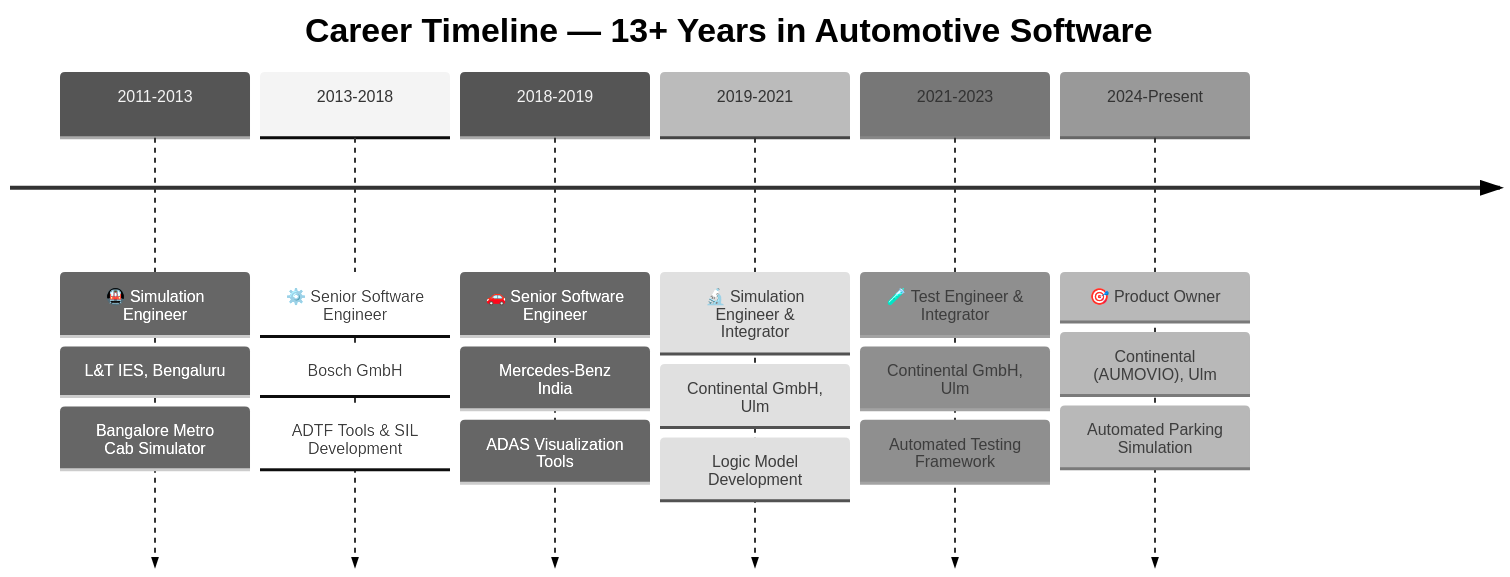
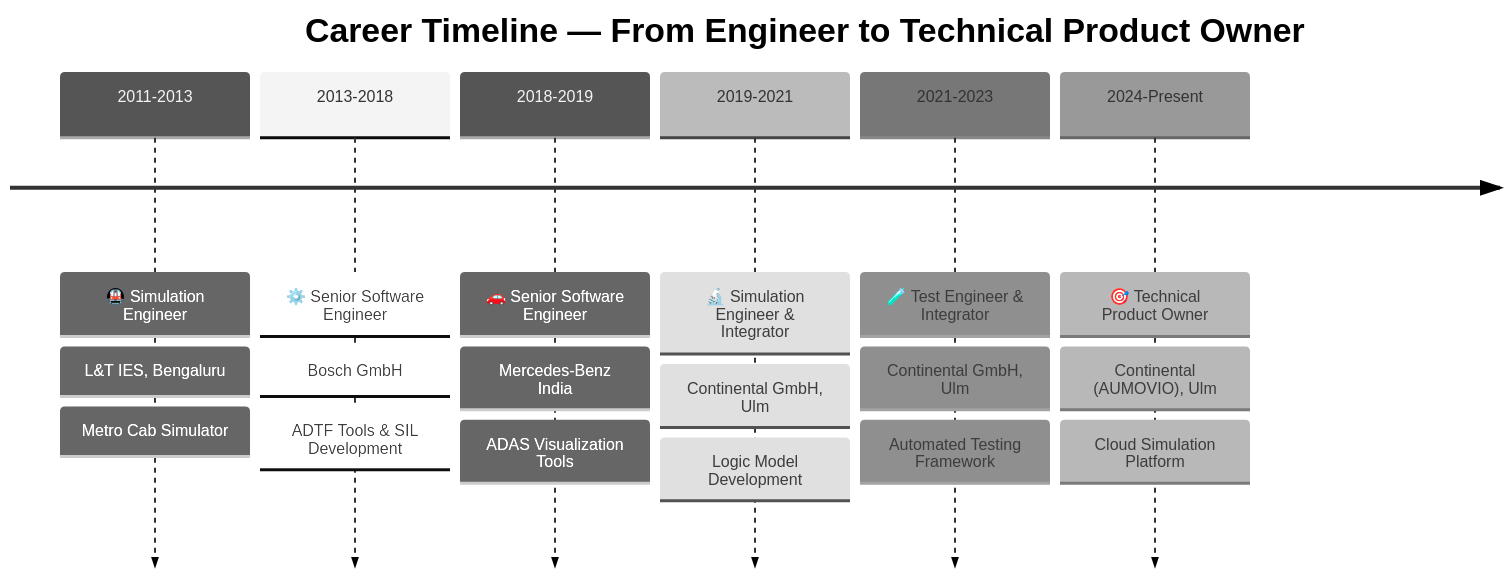
One commit to RAVIVANAMA/ravikumarvanama changed the diagram in README.md. Above: the diagram before and after it, drawn with Mermaid (neutral theme). The commit also changed other lines of this file, not shown here.

Commit message:
Rebrand to Technical Product Owner, open to all domains

````diff
--- a/README.md
+++ b/README.md
@@ -115,22 +126,22 @@
 ```mermaid
 timeline
-    title Career Timeline — 13+ Years in Automotive Software
+    title Career Timeline — From Engineer to Technical Product Owner
     2011-2013 : 🚇 Simulation Engineer
               : L&T IES, Bengaluru
-              : Bangalore Metro Cab Simulator
+              : Metro Cab Simulator
     2013-2018 : ⚙️ Senior Software Engineer
               : Bosch GmbH
               : ADTF Tools & SIL Development
     2018-2019 : 🚗 Senior Software Engineer
               : Mercedes-Benz India
               : ADAS Visualization Tools
     2019-2021 : 🔬 Simulation Engineer & Integrator
               : Continental GmbH, Ulm
               : Logic Model Development
     2021-2023 : 🧪 Test Engineer & Integrator
               : Continental GmbH, Ulm
               : Automated Testing Framework
-    2024-Present : 🎯 Product Owner
+    2024-Present : 🎯 Technical Product Owner
                  : Continental (AUMOVIO), Ulm
-                 : Automated Parking Simulation
+                 : Cloud Simulation Platform
 ```
````
